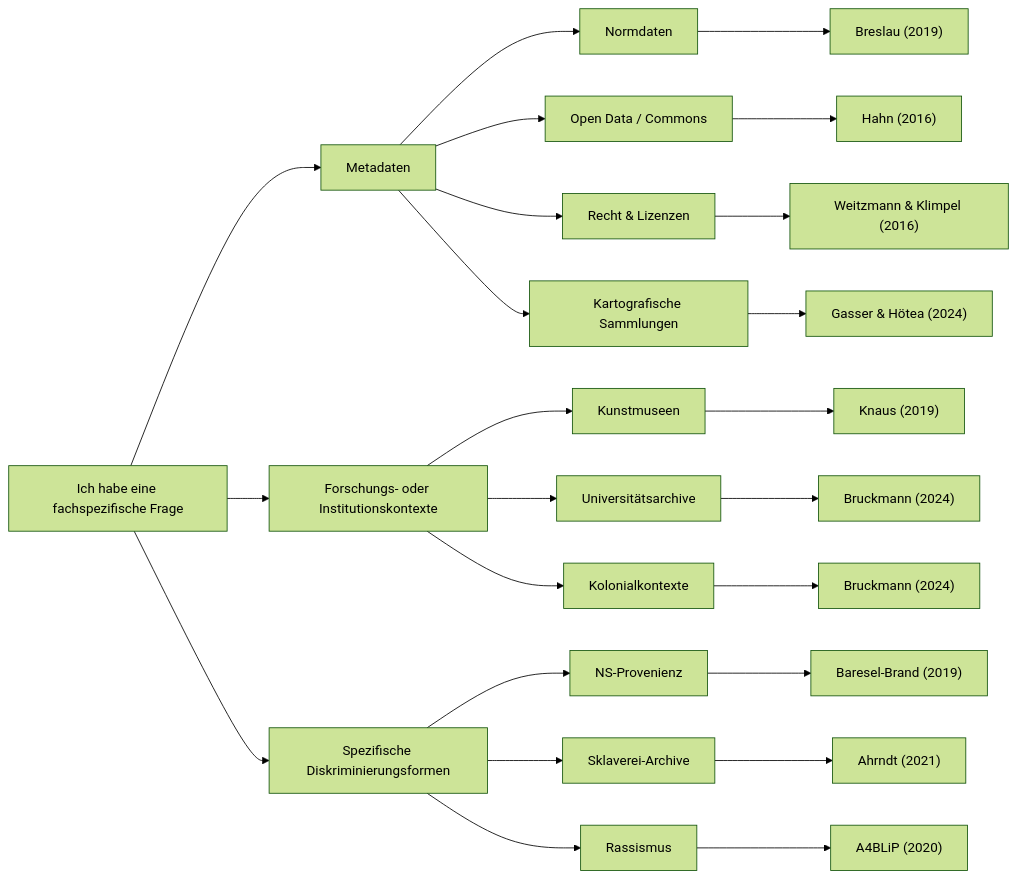
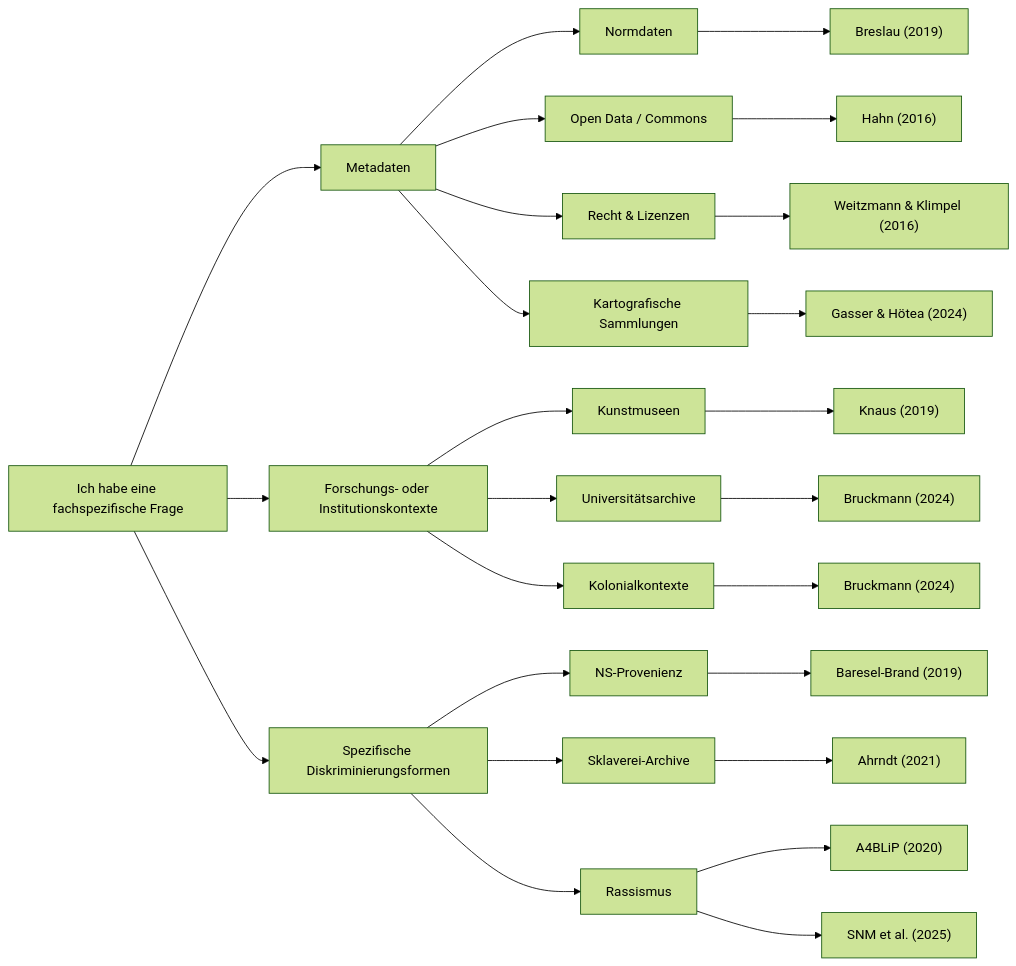
The diagram in manuscript/sections/07-anhang-03-handbuecher-und-leitfaeden.qmd (maehr/diskriminierungsfreie-metadaten), drawn with Mermaid (forest theme) before and after one commit. The commit also changed 54 other files, not shown here.

````diff
--- a/manuscript/sections/07-anhang-03-handbuecher-und-leitfaeden.qmd
+++ b/manuscript/sections/07-anhang-03-handbuecher-und-leitfaeden.qmd
@@ -5,40 +5,41 @@
 ```{mermaid}
 %%| label: fig-metadata-3
 %%| fig-cap: "Hilfestellungen für weiterführende Fragen, die über die behandelten Themen des Handbuchs hinausgehen."
-%%| fig-alt: "Flussdiagramm zur Orientierung bei fachspezifischen Fragen in der Archiv- und Metadatenforschung. Die zentrale Frage 'Ich habe eine fachspezifische Frage' verzweigt in drei Bereiche: Metadaten, Forschungs- oder Institutionskontexte sowie Spezifische Diskriminierungsformen. Unter 'Metadaten' stehen Normdaten (Breslau 2019), Open Data / Commons (Hahn 2016), Recht & Lizenzen (Weitzmann & Klimpel 2016) und Kartografische Sammlungen (Gasser & Hötea 2024). Unter 'Forschungs- oder Institutionskontexte' finden sich Kunstmuseen (Knaus 2019), Universitätsarchive (Bruckmann 2024) und Kolonialkontexte (Bruckmann 2024). Unter 'Spezifische Diskriminierungsformen' erscheinen NS-Provenienz (Baresel-Brand 2019), Sklaverei-Archive (Ahrndt 2021) und Rassismus (A4BLiP 2020)."
+%%| fig-alt: "Flussdiagramm zur Orientierung bei fachspezifischen Fragen in der Archiv- und Metadatenforschung. Die zentrale Frage 'Ich habe eine fachspezifische Frage' verzweigt in drei Bereiche: Metadaten, Forschungs- oder Institutionskontexte sowie Spezifische Diskriminierungsformen. Unter 'Metadaten' stehen Normdaten (Breslau 2019), Open Data / Commons (Hahn 2016), Recht & Lizenzen (Weitzmann & Klimpel 2016) und Kartografische Sammlungen (Gasser & Hötea 2024). Unter 'Forschungs- oder Institutionskontexte' finden sich Kunstmuseen (Knaus 2019), Universitätsarchive (Bruckmann 2024) und Kolonialkontexte (Bruckmann 2024). Unter 'Spezifische Diskriminierungsformen' erscheinen NS-Provenienz (Baresel-Brand 2019), Sklaverei-Archive (Ahrndt 2021) und Rassismus (A4BLiP 2020; Schweizerisches Nationalmuseum et al. 2025)."
 flowchart LR
     Frage["Ich habe eine fachspezifische Frage"]
 
     Frage --> SpezMeta["Metadaten"]
     Frage --> SpezForschung["Forschungs- oder Institutionskontexte"]
     Frage --> SpezDisk["Spezifische Diskriminierungsformen"]
 
     %% Spezifische Fragen an Metadaten
     SpezMeta --> Normdaten["Normdaten"]
     SpezMeta --> OpenData["Open Data / Commons"]
     SpezMeta --> Recht["Recht & Lizenzen"]
     SpezMeta --> Karten["Kartografische Sammlungen"]
 
     Normdaten --> Breslau["Breslau (2019)"]
     OpenData --> Hahn["Hahn (2016)"]
     Recht --> Weitzmann["Weitzmann & Klimpel (2016)"]
     Karten --> Gasser["Gasser & Hötea (2024)"]
 
     %% Spezifische Forschungs- oder Institutionskontexte
     SpezForschung --> Kunst["Kunstmuseen"]
     SpezForschung --> UniArchive["Universitätsarchive"]
     SpezForschung --> Kolonial["Kolonialkontexte"]
 
     Kunst --> Knaus["Knaus (2019)"]
     UniArchive --> Bruckmann["Bruckmann (2024)"]
     Kolonial --> Bruckmann2["Bruckmann (2024)"]
 
     %% Spezifische Diskriminierungsformen
     SpezDisk --> NSProvenienz["NS-Provenienz"]
     SpezDisk --> Sklaverei["Sklaverei-Archive"]
     SpezDisk --> Rassismus["Rassismus"]
 
     NSProvenienz --> Baresel["Baresel-Brand (2019)"]
     Sklaverei --> Ahrndt["Ahrndt (2021)"]
     Rassismus --> A4BLiP2020["A4BLiP (2020)"]
+    Rassismus --> CritGlam2025["SNM et al. (2025)"]
 ```
````
